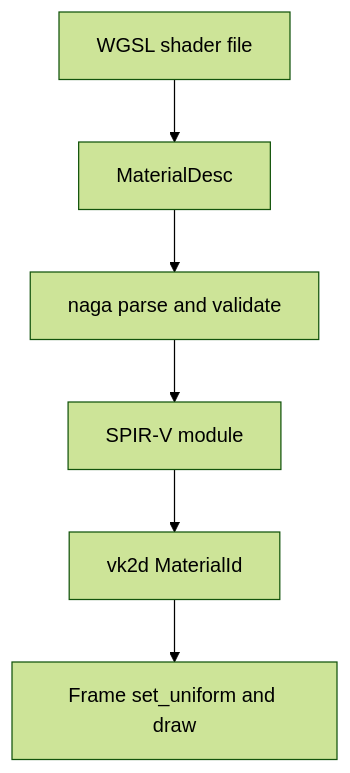
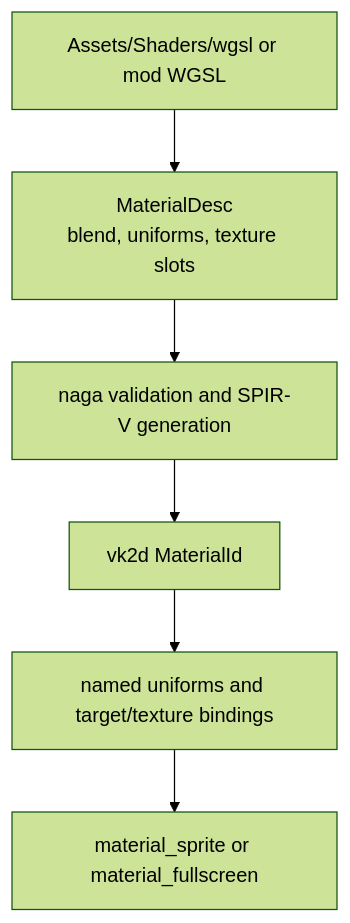
Before and after one commit to soulwax/EchoWiki: the sixth of 6 diagrams in src/content/docs/pages/architecture/vulkan-renderer-path.md, drawn with Mermaid (forest theme). The commit also changed other lines of this file and 17 other files, not shown here.

````diff
--- a/src/content/docs/pages/architecture/vulkan-renderer-path.md
+++ b/src/content/docs/pages/architecture/vulkan-renderer-path.md
@@ -158,11 +207,11 @@
 ```mermaid
 flowchart TD
-    wgsl[WGSL shader file]
-    desc[MaterialDesc]
-    naga[naga parse and validate]
-    spirv[SPIR-V module]
-    material[vk2d MaterialId]
-    frame[Frame set_uniform and draw]
+    source["Assets/Shaders/wgsl or mod WGSL"]
+    desc["MaterialDesc\nblend, uniforms, texture slots"]
+    validate["naga validation and SPIR-V generation"]
+    material["vk2d MaterialId"]
+    bind["named uniforms and target/texture bindings"]
+    draw["material_sprite or material_fullscreen"]
 
-    wgsl --> desc --> naga --> spirv --> material --> frame
+    source --> desc --> validate --> material --> bind --> draw
 ```
````
